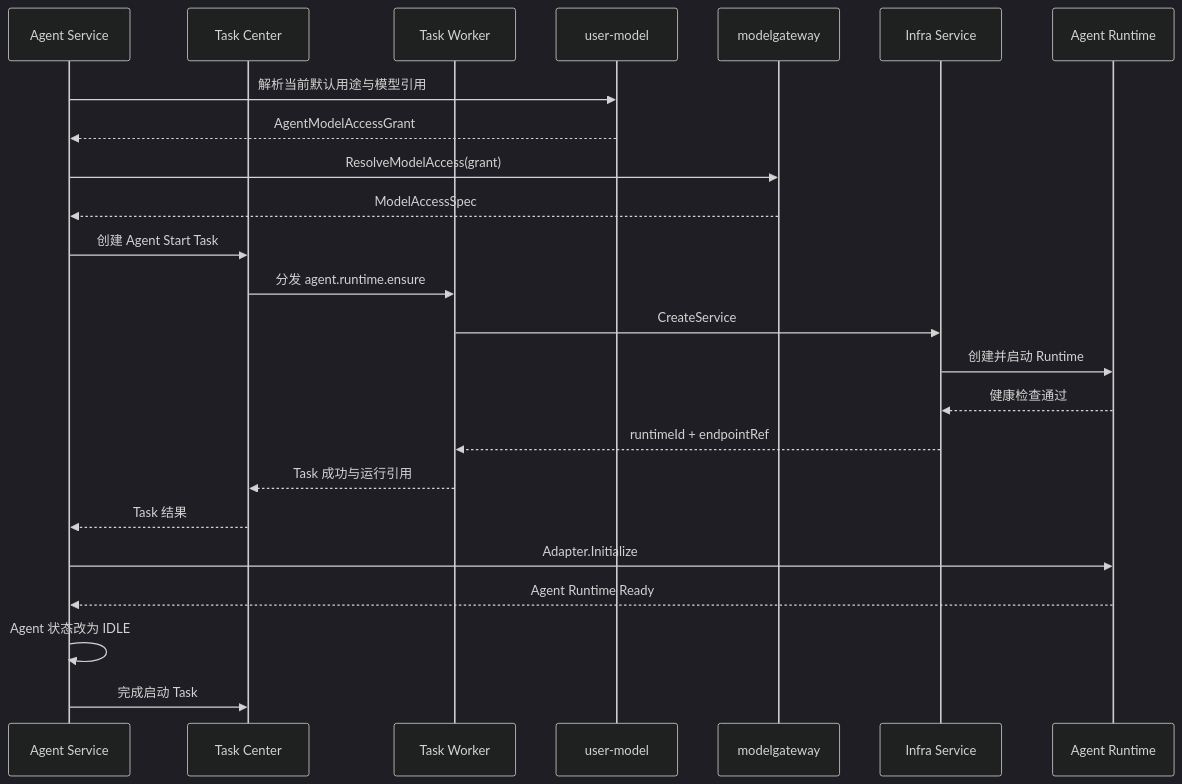
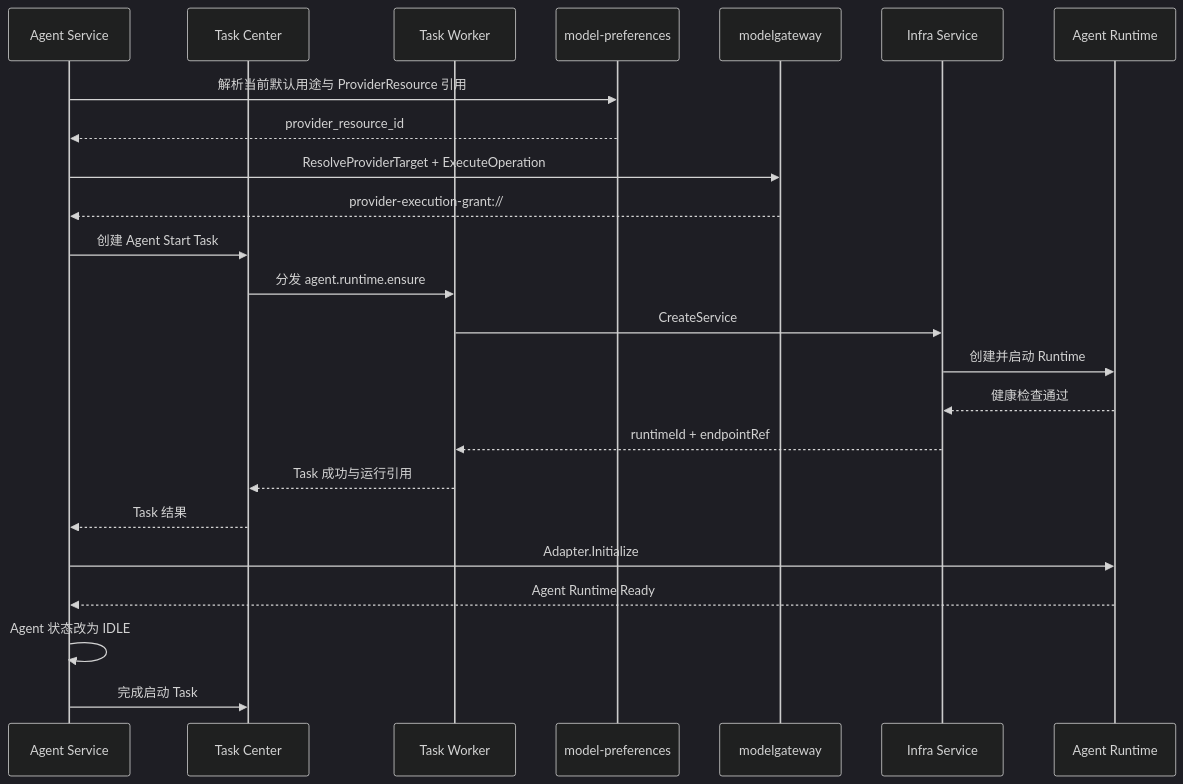
The sixth of 9 diagrams in 00_product/domains/agent/product-spec.md (wangweihong/omnimam-spec), drawn with Mermaid (dark theme) before and after one commit. The commit also changed other lines of this file and 67 other files, not shown here.

Commit message:
spec: implement unified provider account architecture

````diff
--- a/00_product/domains/agent/product-spec.md
+++ b/00_product/domains/agent/product-spec.md
@@ -1310,30 +1308,30 @@
 ```mermaid
 sequenceDiagram
     participant AS as Agent Service
     participant TC as Task Center
     participant TW as Task Worker
-    participant MM as user-model
+    participant MP as model-preferences
     participant MG as modelgateway
     participant IS as Infra Service
     participant AR as Agent Runtime
 
-    AS->>MM: 解析当前默认用途与模型引用
-    MM-->>AS: AgentModelAccessGrant
-    AS->>MG: ResolveModelAccess(grant)
-    MG-->>AS: ModelAccessSpec
+    AS->>MP: 解析当前默认用途与 ProviderResource 引用
+    MP-->>AS: provider_resource_id
+    AS->>MG: ResolveProviderTarget + ExecuteOperation
+    MG-->>AS: provider-execution-grant://
     AS->>TC: 创建 Agent Start Task
 
     TC->>TW: 分发 agent.runtime.ensure
     TW->>IS: CreateService
     IS->>AR: 创建并启动 Runtime
     AR-->>IS: 健康检查通过
     IS-->>TW: runtimeId + endpointRef
     TW-->>TC: Task 成功与运行引用
     TC-->>AS: Task 结果
 
     AS->>AR: Adapter.Initialize
     AR-->>AS: Agent Runtime Ready
 
     AS->>AS: Agent 状态改为 IDLE
     AS->>TC: 完成启动 Task
 ```
````
